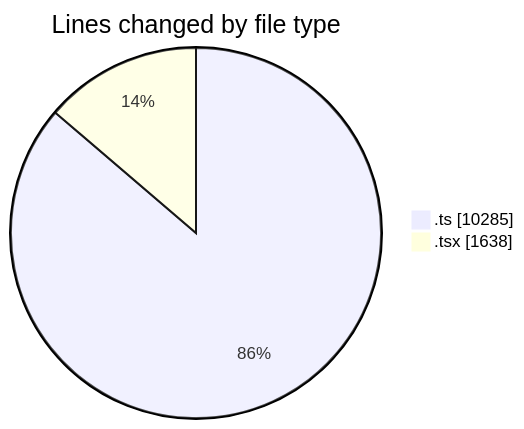
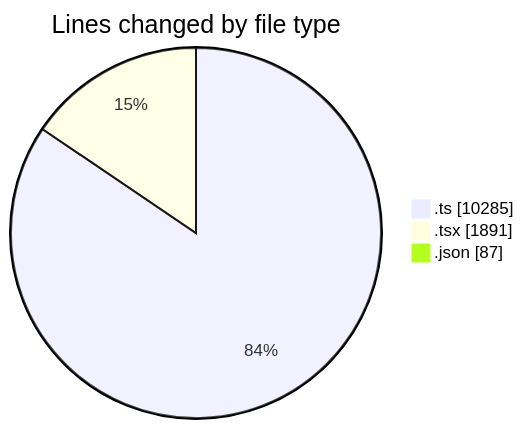
One commit to momahboobian/code-tracking changed the first of 2 diagrams in 2025-07-14/cda/README.md. Above: the diagram before and after it, drawn with Mermaid. The commit also changed other lines of this file and 1 other file, not shown here.

````diff
--- a/2025-07-14/cda/README.md
+++ b/2025-07-14/cda/README.md
@@ -28,6 +29,7 @@
 ```mermaid
 pie showData
 title Lines changed by file type
 ".ts" : 10285
-".tsx" : 1638
+".tsx" : 1891
+".json" : 87
 ```
````
